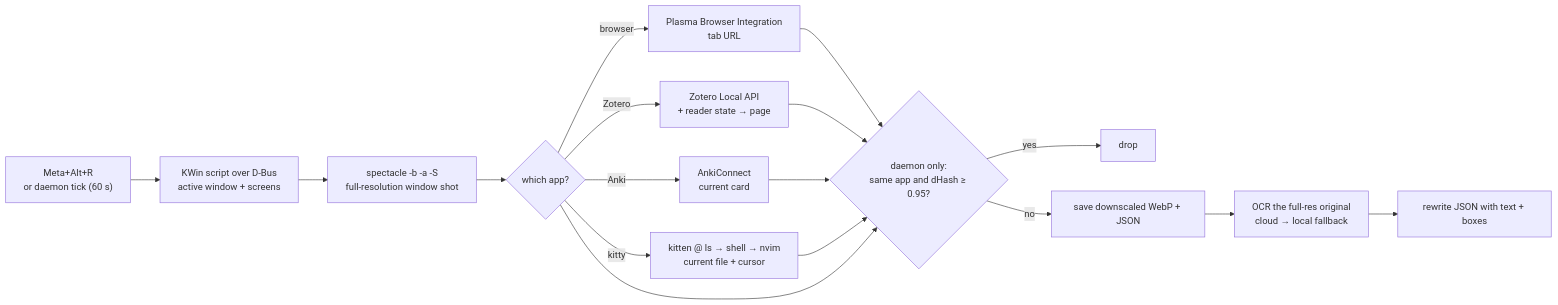
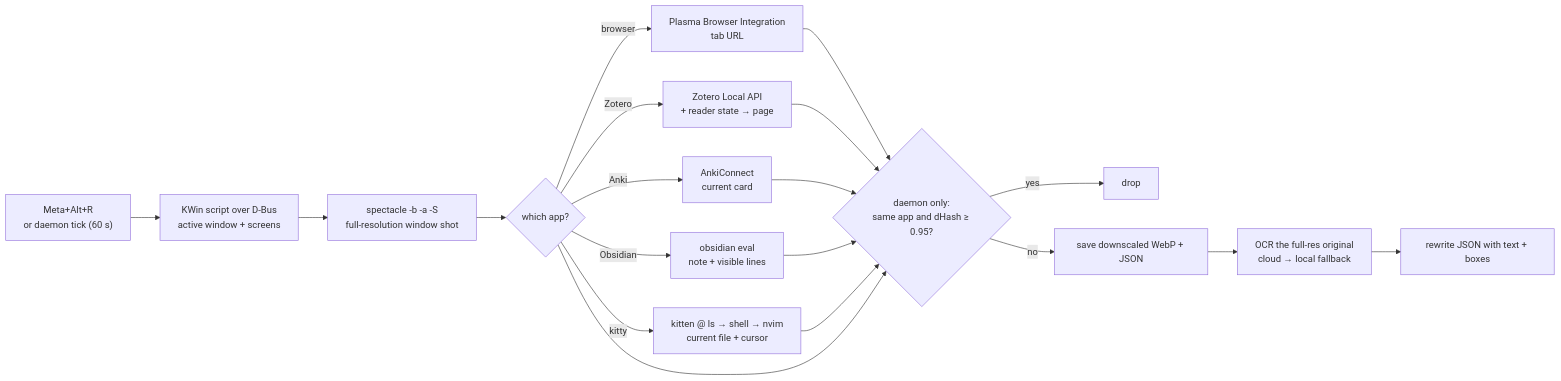
One commit to junyixu/linux_recall changed the diagram in README.md. Above: the diagram before and after it, drawn with Mermaid. The commit also changed other lines of this file and 6 other files, not shown here.

````diff
--- a/README.md
+++ b/README.md
@@ -54,15 +55,16 @@
 ```mermaid
 flowchart LR
     T["Meta+Alt+R<br/>or daemon tick (60 s)"] --> K["KWin script over D-Bus<br/>active window + screens"]
     K --> S["spectacle -b -a -S<br/>full-resolution window shot"]
     S --> C{"which app?"}
     C -->|browser| B["Plasma Browser Integration<br/>tab URL"]
     C -->|Zotero| Z["Zotero Local API<br/>+ reader state → page"]
     C -->|Anki| A["AnkiConnect<br/>current card"]
+    C -->|Obsidian| M["obsidian eval<br/>note + visible lines"]
     C -->|kitty| N["kitten @ ls → shell → nvim<br/>current file + cursor"]
-    B & Z & A & N & C --> D{"daemon only:<br/>same app and dHash ≥ 0.95?"}
+    B & Z & A & M & N & C --> D{"daemon only:<br/>same app and dHash ≥ 0.95?"}
     D -->|yes| X["drop"]
     D -->|no| W["save downscaled WebP + JSON"]
     W --> O["OCR the full-res original<br/>cloud → local fallback"]
     O --> J["rewrite JSON with text + boxes"]
 ```
````
